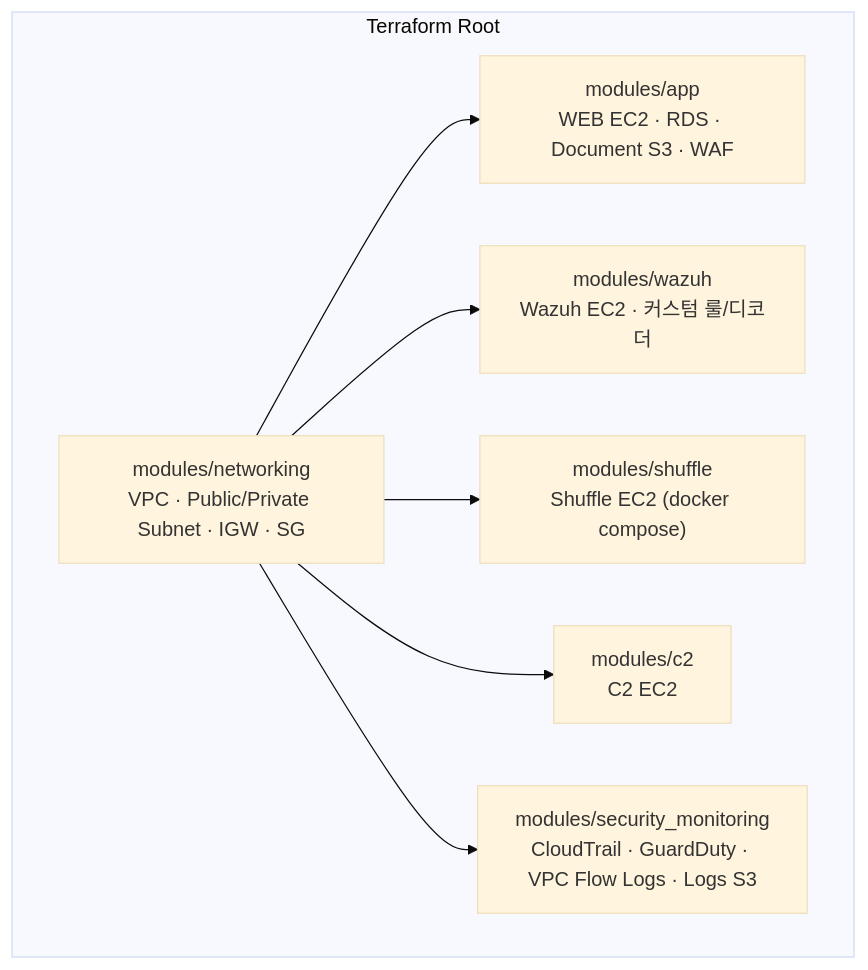
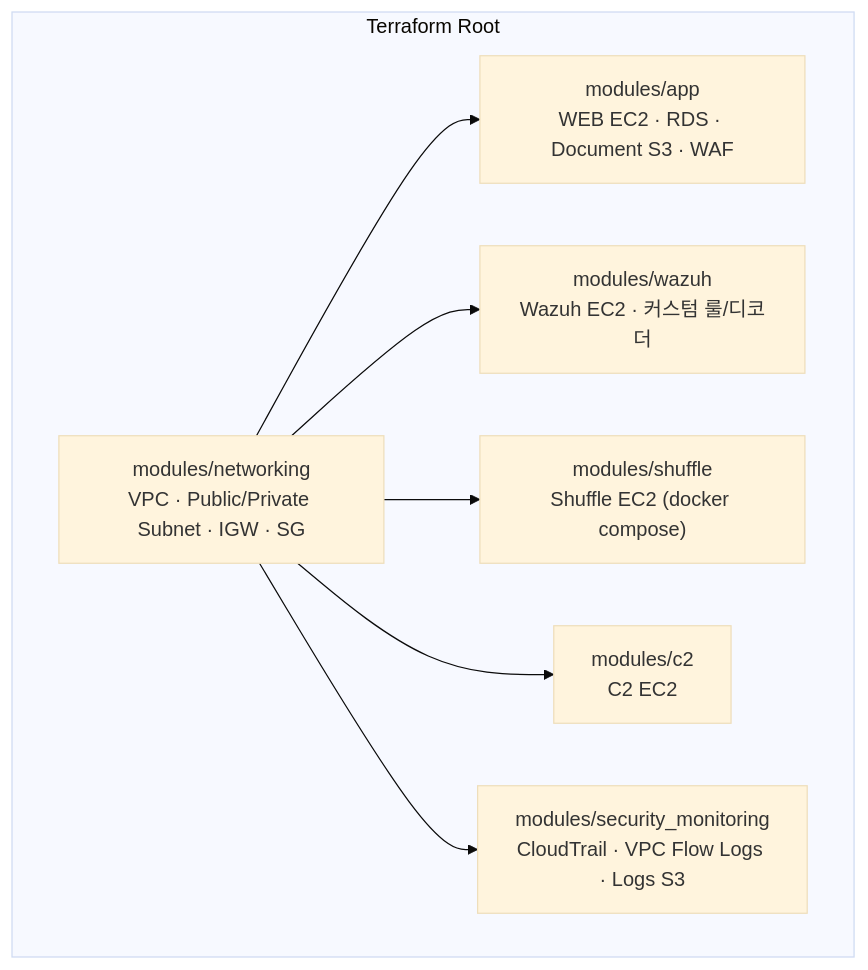
One commit to autosoc-lab/.github changed the first of 3 diagrams in profile/README.md. Above: the diagram before and after it, drawn with Mermaid (base theme). The commit also changed other lines of this file, not shown here.

Commit message:
docs: README 아키텍처 다이어그램 오류 수정 및 공격 흐름 정리

````diff
--- a/profile/README.md
+++ b/profile/README.md
@@ -39,16 +52,16 @@
 ```mermaid
 flowchart TB
     subgraph TF["Terraform Root"]
         NET["modules/networking\nVPC · Public/Private Subnet · IGW · SG"]
         APP["modules/app\nWEB EC2 · RDS · Document S3 · WAF"]
         WAZUHM["modules/wazuh\nWazuh EC2 · 커스텀 룰/디코더"]
         SHUF["modules/shuffle\nShuffle EC2 (docker compose)"]
         C2M["modules/c2\nC2 EC2"]
-        SEC["modules/security_monitoring\nCloudTrail · GuardDuty · VPC Flow Logs · Logs S3"]
+        SEC["modules/security_monitoring\nCloudTrail · VPC Flow Logs · Logs S3"]
     end
     NET --> APP
     NET --> WAZUHM
     NET --> SHUF
     NET --> C2M
     NET --> SEC
 ```
````
